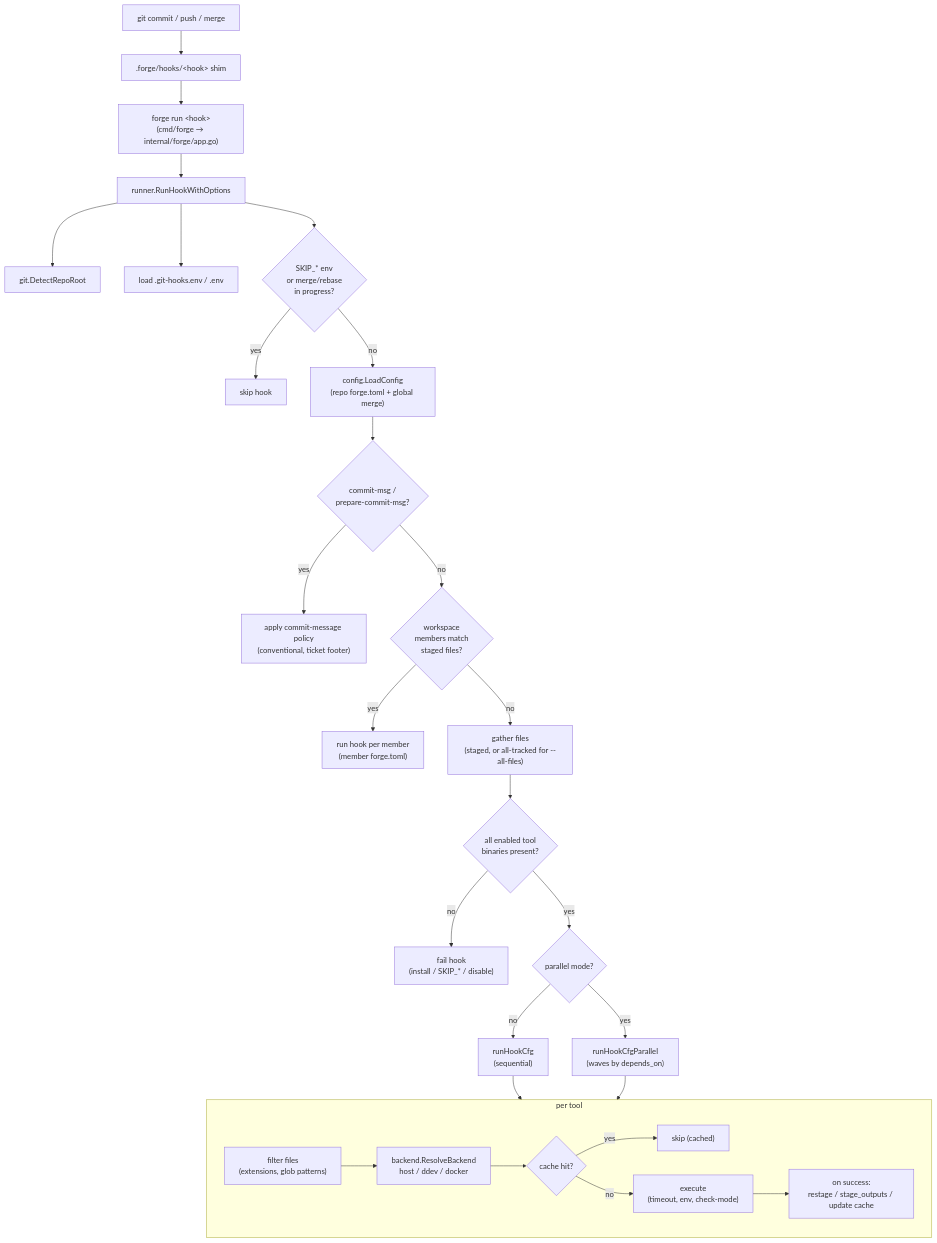
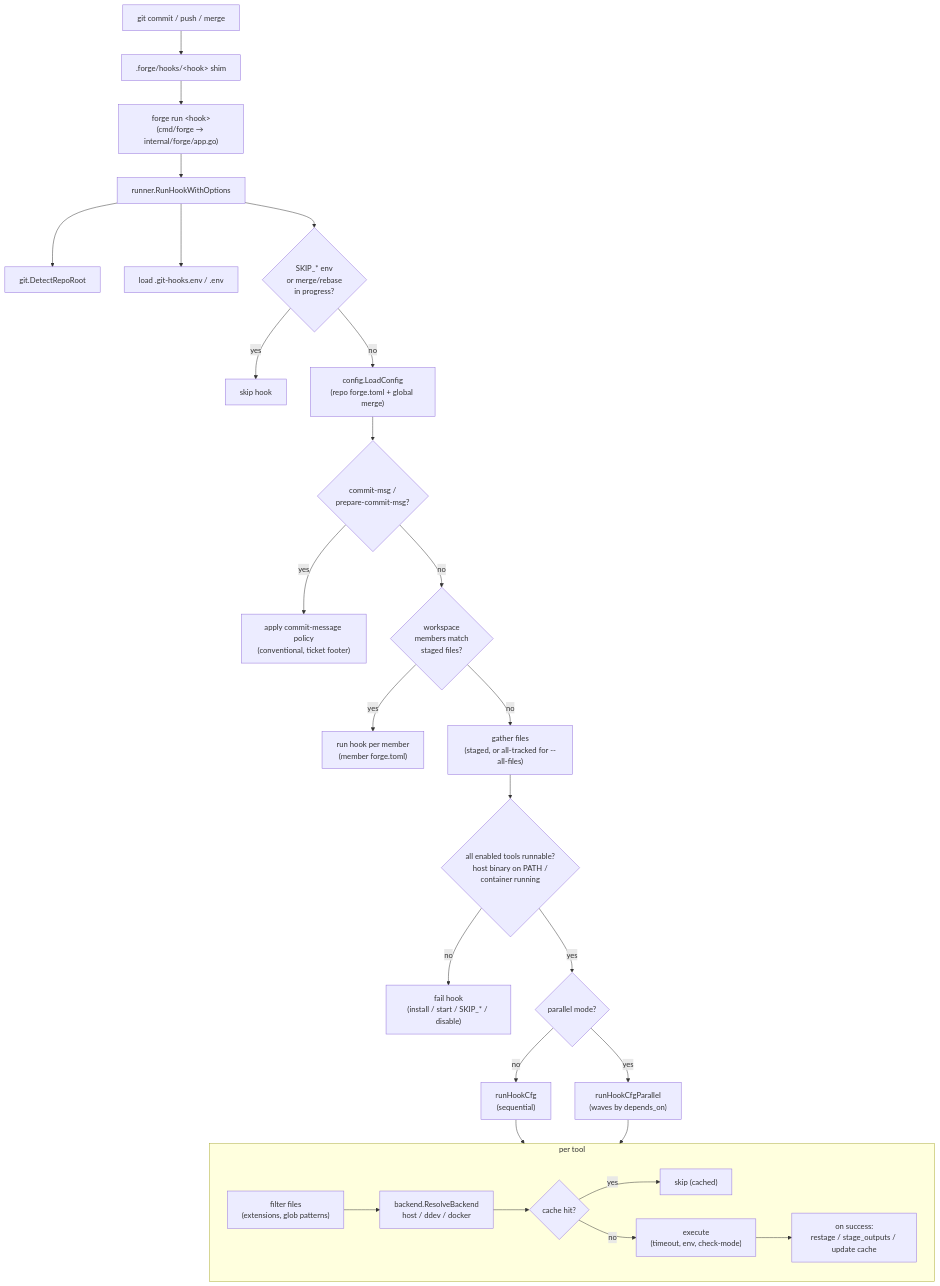
One commit to TerrorSquad/forge changed the diagram in docs/architecture.md. Above: the diagram before and after it, drawn with Mermaid. The commit also changed other lines of this file and 5 other files, not shown here.

````diff
--- a/docs/architecture.md
+++ b/docs/architecture.md
@@ -7,35 +7,35 @@
 ```mermaid
 flowchart TD
     git["git commit / push / merge"] --> shim[".forge/hooks/&lt;hook&gt; shim"]
     shim --> cli["forge run &lt;hook&gt;<br/>(cmd/forge → internal/forge/app.go)"]
     cli --> run["runner.RunHookWithOptions"]
 
     run --> root["git.DetectRepoRoot"]
     run --> envf["load .git-hooks.env / .env"]
     run --> skip{"SKIP_* env<br/>or merge/rebase<br/>in progress?"}
     skip -->|yes| stop["skip hook"]
     skip -->|no| load["config.LoadConfig<br/>(repo forge.toml + global merge)"]
 
     load --> policy{"commit-msg /<br/>prepare-commit-msg?"}
     policy -->|yes| pol["apply commit-message policy<br/>(conventional, ticket footer)"]
     policy -->|no| ws{"workspace<br/>members match<br/>staged files?"}
     ws -->|yes| member["run hook per member<br/>(member forge.toml)"]
     ws -->|no| files["gather files<br/>(staged, or all-tracked for --all-files)"]
 
-    files --> pre{"all enabled tool<br/>binaries present?"}
-    pre -->|no| prefail["fail hook<br/>(install / SKIP_* / disable)"]
+    files --> pre{"all enabled tools runnable?<br/>host binary on PATH /<br/>container running"}
+    pre -->|no| prefail["fail hook<br/>(install / start / SKIP_* / disable)"]
     pre -->|yes| mode{"parallel mode?"}
     mode -->|no| seq["runHookCfg<br/>(sequential)"]
     mode -->|yes| par["runHookCfgParallel<br/>(waves by depends_on)"]
 
     seq --> tool
     par --> tool
 
     subgraph tool["per tool"]
         filter["filter files<br/>(extensions, glob patterns)"] --> backend["backend.ResolveBackend<br/>host / ddev / docker"]
         backend --> cache{"cache hit?"}
         cache -->|yes| skiptool["skip (cached)"]
         cache -->|no| exec["execute<br/>(timeout, env, check-mode)"]
         exec --> after["on success:<br/>restage / stage_outputs / update cache"]
     end
 ```
````
